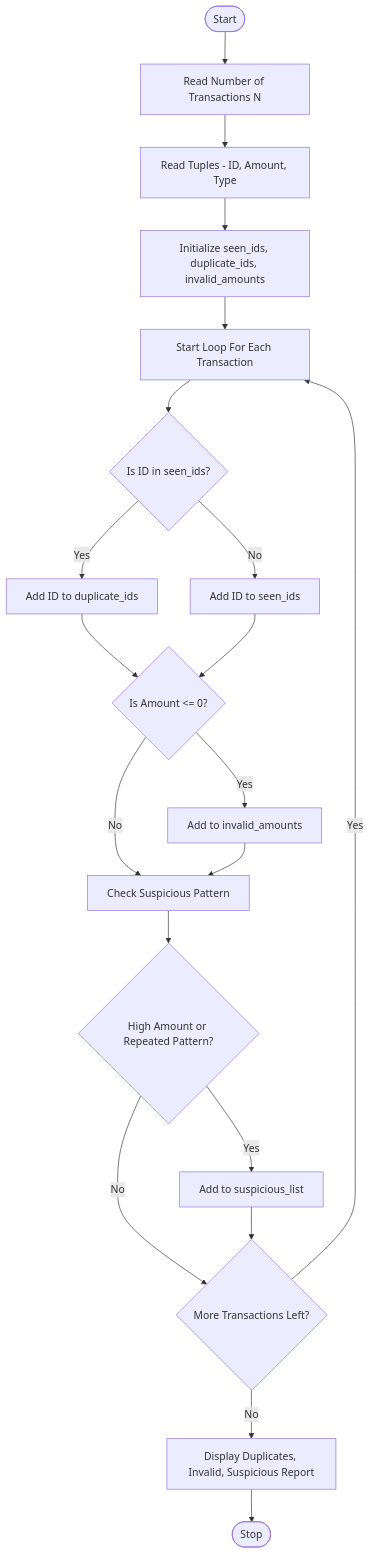
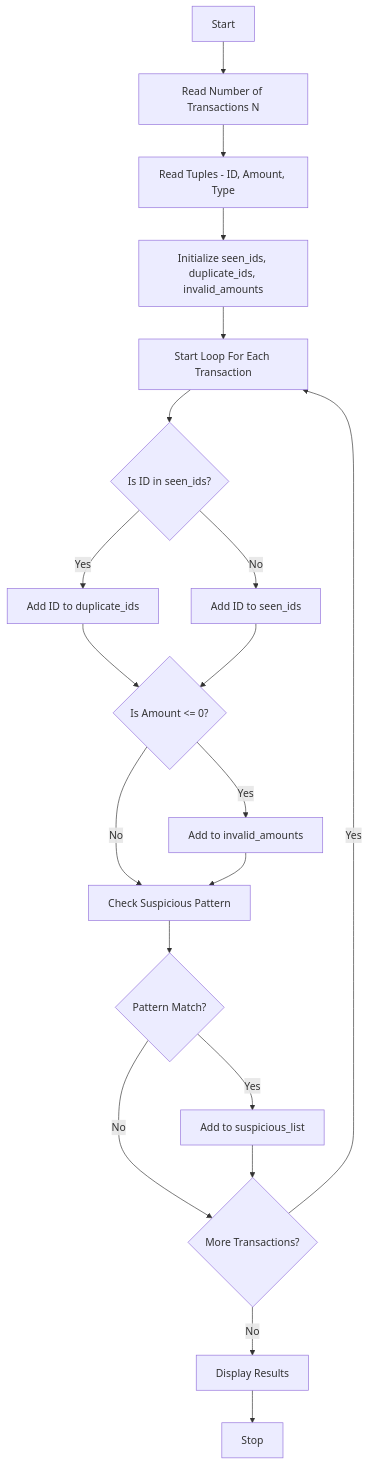
One commit to bhavyabalusupati10-maker/Python-Tasks changed the diagram in Task3/Code.md. Above: the diagram before and after it, drawn with Mermaid. The commit also changed other lines of this file, not shown here.

````diff
--- a/Task3/Code.md
+++ b/Task3/Code.md
@@ -27,22 +25,22 @@
 ```mermaid
 flowchart TD
-    First([Start]) --> A[Read Number of Transactions N]
-    A --> B[Read Tuples - ID, Amount, Type]
-    B --> C[Initialize seen_ids, duplicate_ids, invalid_amounts]
-    C --> D[Start Loop For Each Transaction]
-    D --> E{Is ID in seen_ids?}
-    E -->|Yes| F[Add ID to duplicate_ids]
-    E -->|No| G[Add ID to seen_ids]
-    F --> H{Is Amount <= 0?}
-    G --> H
-    H -->|Yes| I[Add to invalid_amounts]
-    H -->|No| J[Check Suspicious Pattern]
-    I --> J
-    J --> K{High Amount or Repeated Pattern?}
-    K -->|Yes| L[Add to suspicious_list]
-    K -->|No| M{More Transactions Left?}
-    L --> M
-    M -->|Yes| D
-    M -->|No| N[Display Duplicates, Invalid, Suspicious Report]
-    N --> Last([Stop])
+    A[Start] --> B[Read Number of Transactions N]
+    B --> C[Read Tuples - ID, Amount, Type]
+    C --> D[Initialize seen_ids, duplicate_ids, invalid_amounts]
+    D --> E[Start Loop For Each Transaction]
+    E --> F{Is ID in seen_ids?}
+    F -- Yes --> G[Add ID to duplicate_ids]
+    F -- No --> H[Add ID to seen_ids]
+    G --> I{Is Amount <= 0?}
+    H --> I
+    I -- Yes --> J[Add to invalid_amounts]
+    I -- No --> K[Check Suspicious Pattern]
+    J --> K
+    K --> L{Pattern Match?}
+    L -- Yes --> M[Add to suspicious_list]
+    L -- No --> N{More Transactions?}
+    M --> N
+    N -- Yes --> E
+    N -- No --> O[Display Results]
+    O --> P[Stop]
 ```
````
